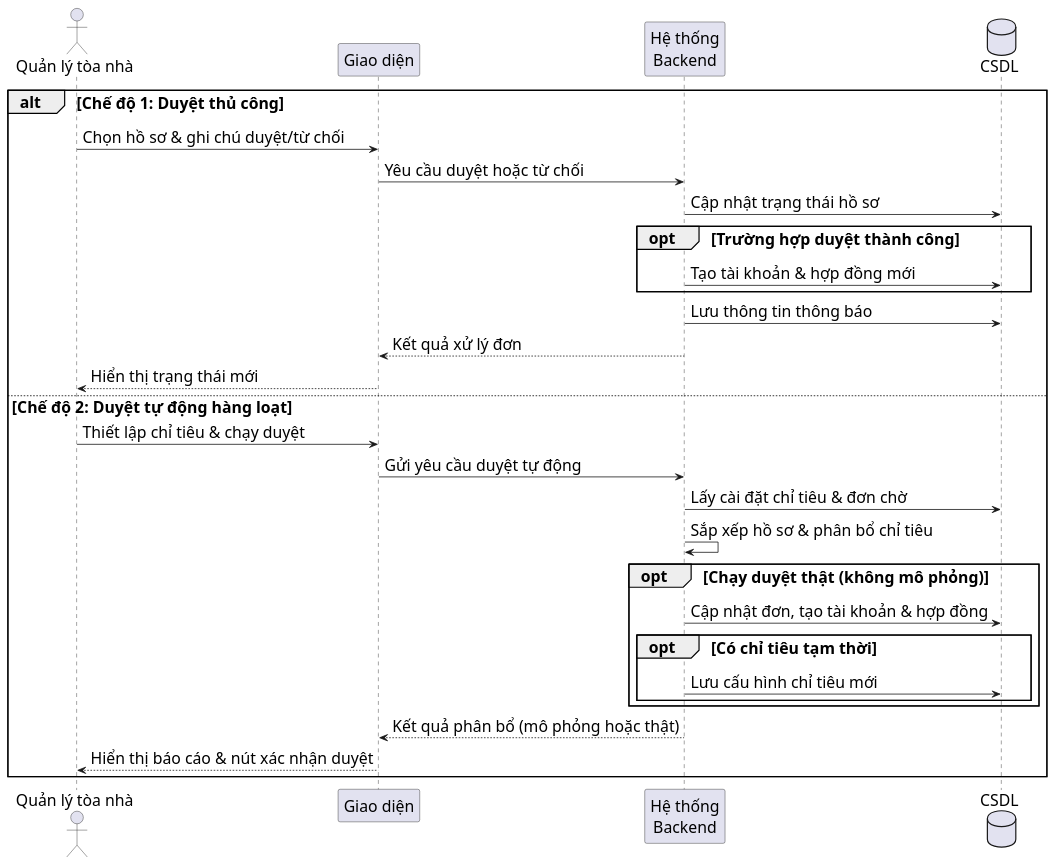
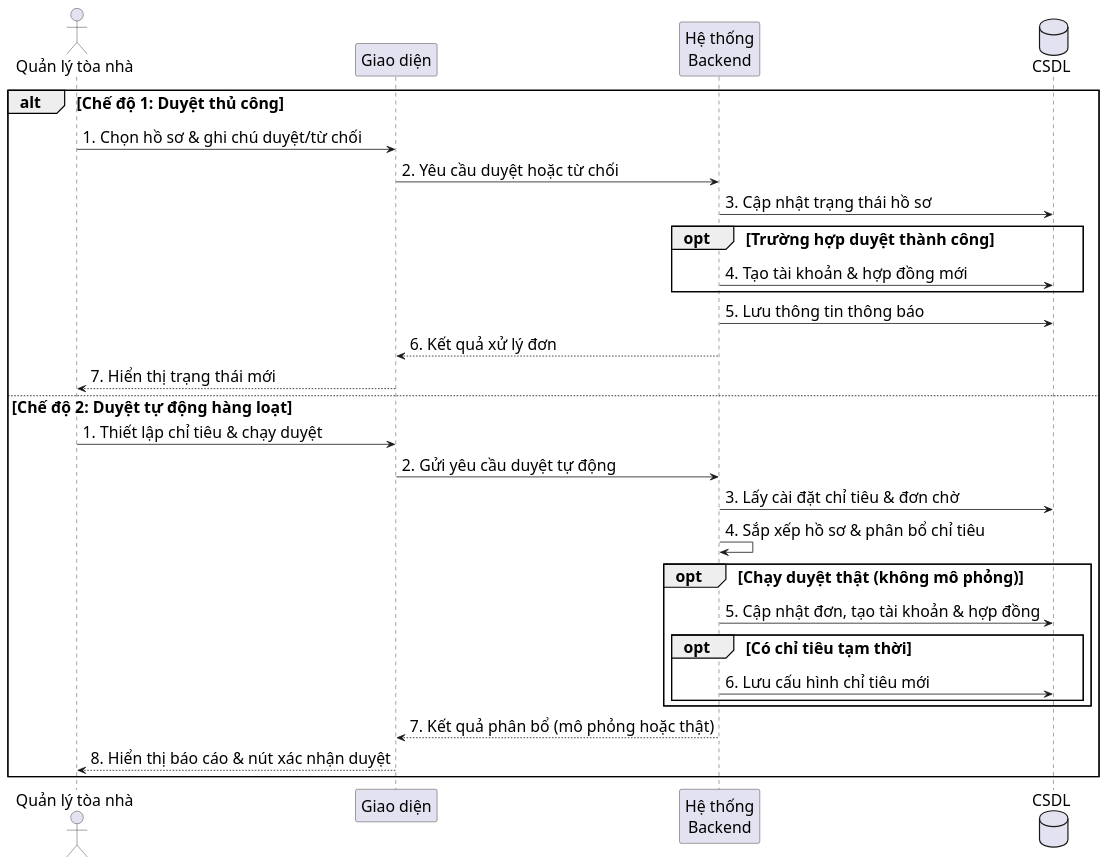
One commit to s0nbuildtech287/dormitory-frontend changed the diagram in diagrams/nhomhosodangky/registration_review_sequence.puml. Above: the diagram before and after it, drawn with PlantUML.

```diff
--- a/diagrams/nhomhosodangky/registration_review_sequence.puml
+++ b/diagrams/nhomhosodangky/registration_review_sequence.puml
@@ -1,38 +1,38 @@
 @startuml "Registration Review Sequence"
 skinparam defaultFontSize 20
 skinparam defaultFontName "Times New Roman"
 skinparam sequenceMessageSize 20
 
 actor "Quản lý tòa nhà" as Admin
 participant "Giao diện" as FE
 participant "Hệ thống\nBackend" as BE
 database "CSDL" as DB
 
 alt Chế độ 1: Duyệt thủ công
-  Admin -> FE: Chọn hồ sơ & ghi chú duyệt/từ chối
-  FE -> BE: Yêu cầu duyệt hoặc từ chối
-  BE -> DB: Cập nhật trạng thái hồ sơ
+  Admin -> FE: 1. Chọn hồ sơ & ghi chú duyệt/từ chối
+  FE -> BE: 2. Yêu cầu duyệt hoặc từ chối
+  BE -> DB: 3. Cập nhật trạng thái hồ sơ
   opt Trường hợp duyệt thành công
-    BE -> DB: Tạo tài khoản & hợp đồng mới
+    BE -> DB: 4. Tạo tài khoản & hợp đồng mới
   end
-  BE -> DB: Lưu thông tin thông báo
-  BE --> FE: Kết quả xử lý đơn
-  FE --> Admin: Hiển thị trạng thái mới
+  BE -> DB: 5. Lưu thông tin thông báo
+  BE --> FE: 6. Kết quả xử lý đơn
+  FE --> Admin: 7. Hiển thị trạng thái mới
 
 else Chế độ 2: Duyệt tự động hàng loạt
-  Admin -> FE: Thiết lập chỉ tiêu & chạy duyệt
-  FE -> BE: Gửi yêu cầu duyệt tự động
-  BE -> DB: Lấy cài đặt chỉ tiêu & đơn chờ
-  BE -> BE: Sắp xếp hồ sơ & phân bổ chỉ tiêu
+  Admin -> FE: 1. Thiết lập chỉ tiêu & chạy duyệt
+  FE -> BE: 2. Gửi yêu cầu duyệt tự động
+  BE -> DB: 3. Lấy cài đặt chỉ tiêu & đơn chờ
+  BE -> BE: 4. Sắp xếp hồ sơ & phân bổ chỉ tiêu
   
   opt Chạy duyệt thật (không mô phỏng)
-    BE -> DB: Cập nhật đơn, tạo tài khoản & hợp đồng
+    BE -> DB: 5. Cập nhật đơn, tạo tài khoản & hợp đồng
     opt Có chỉ tiêu tạm thời
-      BE -> DB: Lưu cấu hình chỉ tiêu mới
+      BE -> DB: 6. Lưu cấu hình chỉ tiêu mới
     end
   end
   
-  BE --> FE: Kết quả phân bổ (mô phỏng hoặc thật)
-  FE --> Admin: Hiển thị báo cáo & nút xác nhận duyệt
+  BE --> FE: 7. Kết quả phân bổ (mô phỏng hoặc thật)
+  FE --> Admin: 8. Hiển thị báo cáo & nút xác nhận duyệt
 end
 @enduml
```
